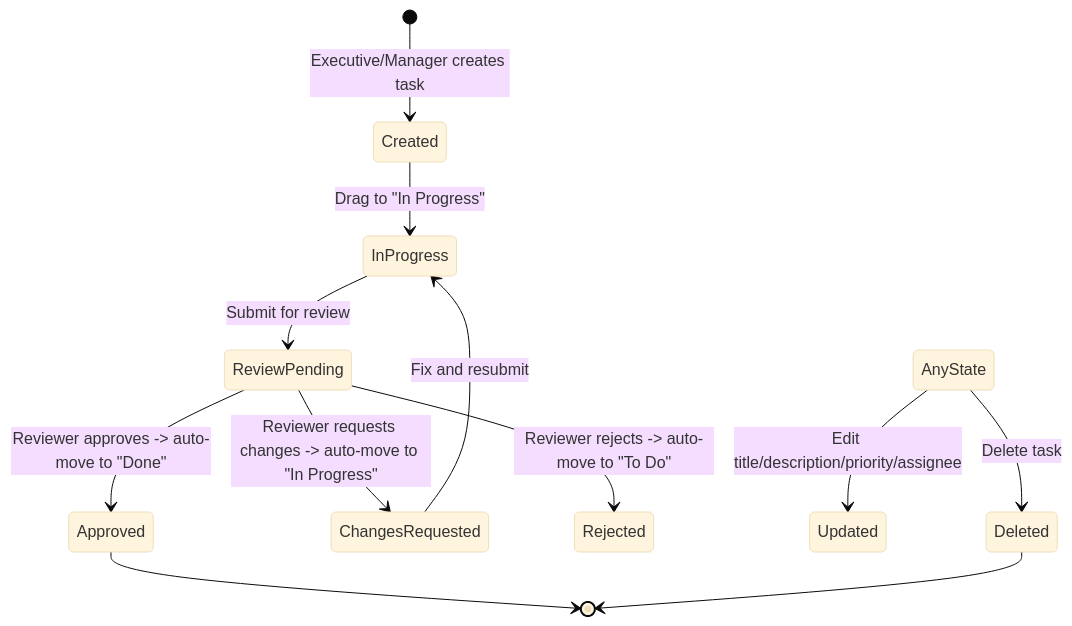
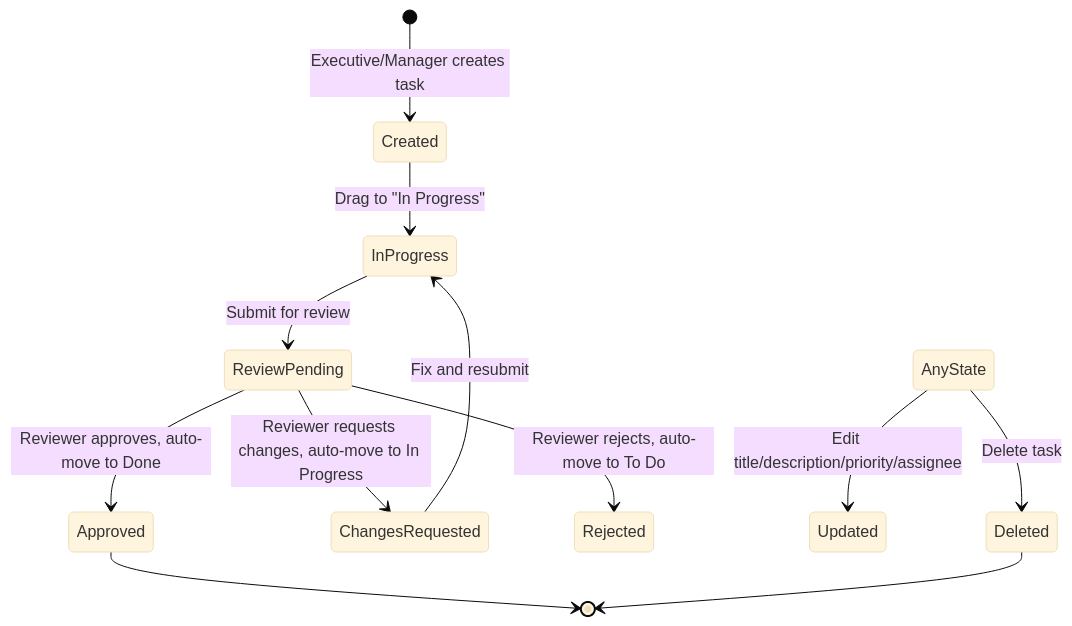
The first of 10 diagrams in docs/05-task-management.md (asefahmed500/Smart-Task-App_IIT_DU_Final_Project), drawn with Mermaid (base theme) before and after one commit. The commit also changed other lines of this file and 9 other files, not shown here.

Commit message:
fix: update AGENTS.md with Vercel deployment notes and additional mermaid cleanups

````diff
--- a/docs/05-task-management.md
+++ b/docs/05-task-management.md
@@ -29,14 +29,14 @@
 ```mermaid
 stateDiagram-v2
     [*] --> Created: Executive/Manager creates task
     Created --> InProgress: Drag to "In Progress"
     InProgress --> ReviewPending: Submit for review
-    ReviewPending --> Approved: Reviewer approves -> auto-move to "Done"
-    ReviewPending --> ChangesRequested: Reviewer requests changes -> auto-move to "In Progress"
-    ReviewPending --> Rejected: Reviewer rejects -> auto-move to "To Do"
+    ReviewPending --> Approved: Reviewer approves, auto-move to Done
+    ReviewPending --> ChangesRequested: Reviewer requests changes, auto-move to In Progress
+    ReviewPending --> Rejected: Reviewer rejects, auto-move to To Do
     ChangesRequested --> InProgress: Fix and resubmit
     AnyState --> Updated: Edit title/description/priority/assignee
     AnyState --> Deleted: Delete task
     Approved --> [*]
     Deleted --> [*]
 ```
````
